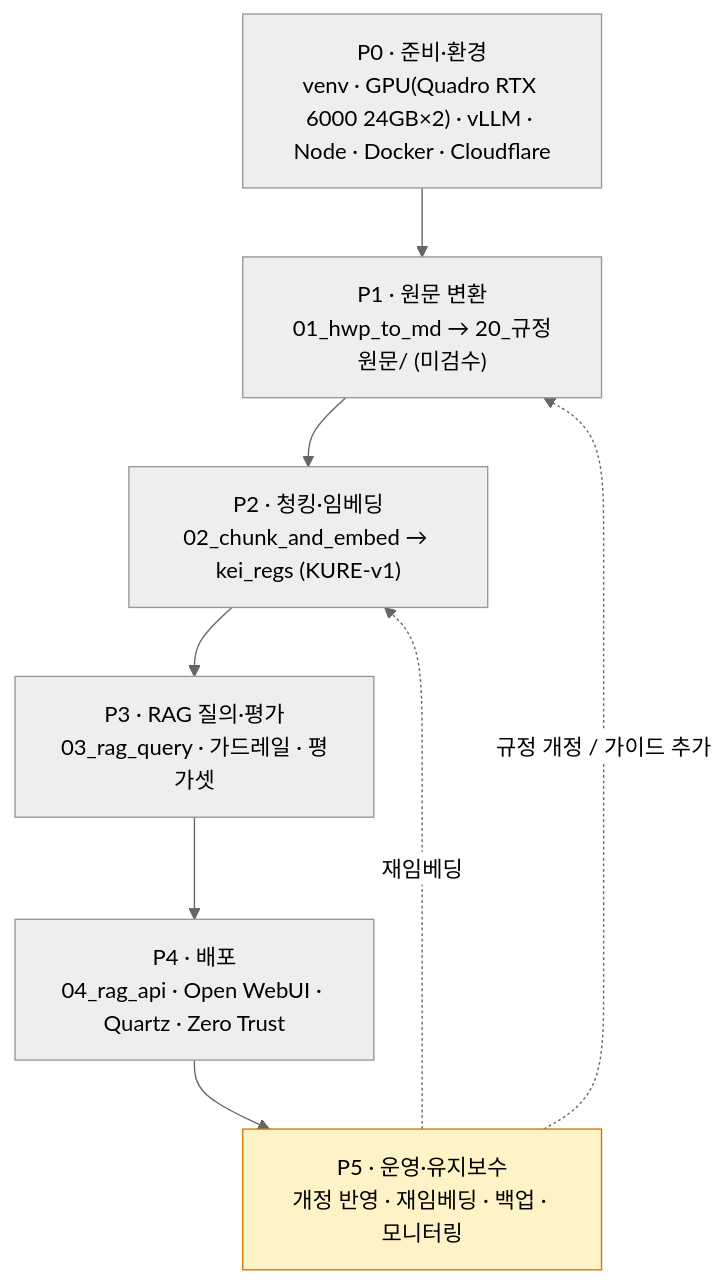
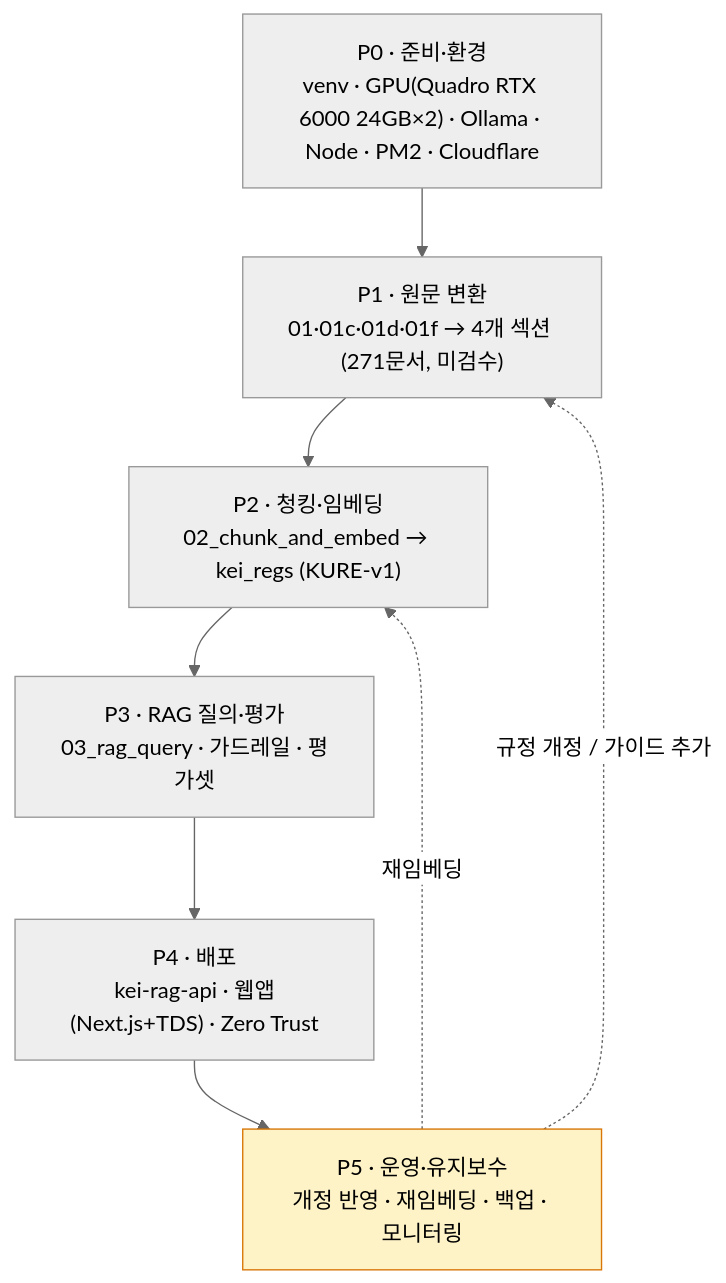
Before and after one commit to mooner92/KEIAdminSuperv: the first of 4 diagrams in WORKPLAN.md, drawn with Mermaid (neutral theme). The commit also changed other lines of this file and 6 other files, not shown here.

````diff
--- a/WORKPLAN.md
+++ b/WORKPLAN.md
@@ -46,16 +46,16 @@
 ```mermaid
 flowchart TD
-    P0["P0 · 준비·환경<br/>venv · GPU(Quadro RTX 6000 24GB×2) · vLLM · Node · Docker · Cloudflare"]
-    P1["P1 · 원문 변환<br/>01_hwp_to_md → 20_규정원문/ (미검수)"]
+    P0["P0 · 준비·환경<br/>venv · GPU(Quadro RTX 6000 24GB×2) · Ollama · Node · PM2 · Cloudflare"]
+    P1["P1 · 원문 변환<br/>01·01c·01d·01f → 4개 섹션 (271문서, 미검수)"]
     P2["P2 · 청킹·임베딩<br/>02_chunk_and_embed → kei_regs (KURE-v1)"]
     P3["P3 · RAG 질의·평가<br/>03_rag_query · 가드레일 · 평가셋"]
-    P4["P4 · 배포<br/>04_rag_api · Open WebUI · Quartz · Zero Trust"]
+    P4["P4 · 배포<br/>kei-rag-api · 웹앱(Next.js+TDS) · Zero Trust"]
     P5["P5 · 운영·유지보수<br/>개정 반영 · 재임베딩 · 백업 · 모니터링"]
 
     P0 --> P1 --> P2 --> P3 --> P4 --> P5
     P5 -. "규정 개정 / 가이드 추가" .-> P1
     P5 -. "재임베딩" .-> P2
 
     classDef loop fill:#fef3c7,stroke:#d97706;
     class P5 loop;
 ```
````
